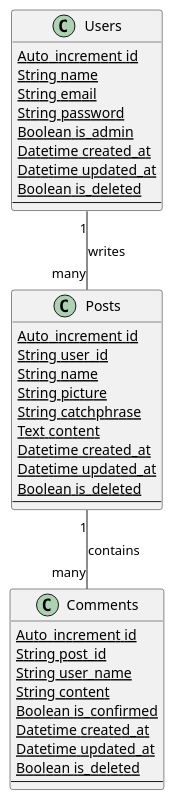
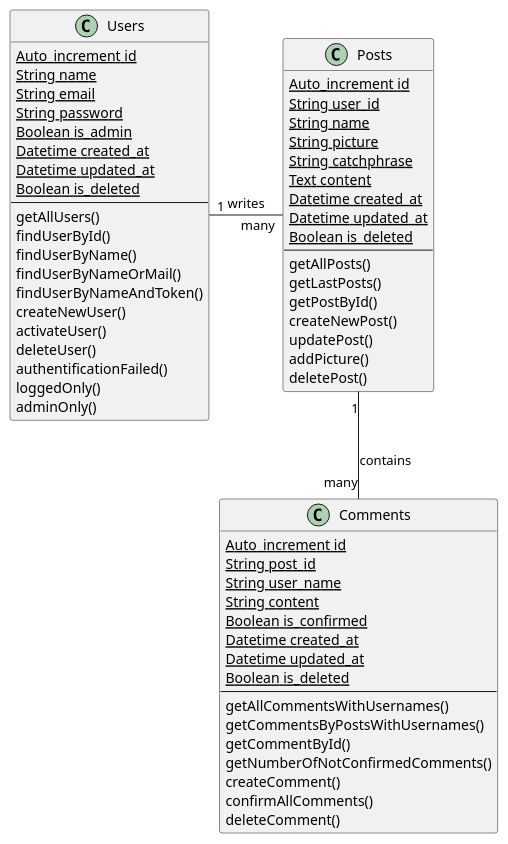
One commit to HaiseB/P5_blogPhp changed the diagram in diagrammes/class.plantuml. Above: the diagram before and after it, drawn with PlantUML. The commit also changed 14 other files, not shown here.

Commit message:
send the good diagramms + png versions

```diff
--- a/diagrammes/class.plantuml
+++ b/diagrammes/class.plantuml
@@ -1,44 +1,69 @@
 @startuml class
 
 class Users {
     {static} Auto_increment id
     {static} String name
     {static} String email
     {static} String password
     {static} Boolean is_admin
     {static} Datetime created_at
     {static} Datetime updated_at
     {static} Boolean is_deleted
     ---
+    getAllUsers()
+    findUserById()
+    findUserByName()
+    findUserByNameOrMail()
+    findUserByNameAndToken()
+    createNewUser()
+    activateUser()
+    deleteUser()
+    authentificationFailed()
+    loggedOnly()
+    adminOnly()
 }
 
 class Posts {
     {static} Auto_increment id
     {static} String user_id
     {static} String name
     {static} String picture
     {static} String catchphrase
     {static} Text content
     {static} Datetime created_at
     {static} Datetime updated_at
     {static} Boolean is_deleted
     ---
+    getAllPosts()
+    getLastPosts()
+    getPostById()
+    createNewPost()
+    updatePost()
+    addPicture()
+    deletePost()
 }
 
 class Comments {
     {static} Auto_increment id
     {static} String post_id
     {static} String user_name
     {static} String content
     {static} Boolean is_confirmed
     {static} Datetime created_at
     {static} Datetime updated_at
     {static} Boolean is_deleted
     ---
+    getAllCommentsWithUsernames()
+    getCommentsByPostsWithUsernames()
+    getCommentById()
+    getNumberOfNotConfirmedComments()
+    createComment()
+    confirmAllComments()
+    deleteComment()
 }
 
-Users "1" -- "many" Posts : writes
+Users "1" - "many" Posts : writes
 
 Posts "1" -- "many" Comments : contains
 
 @enduml
```
